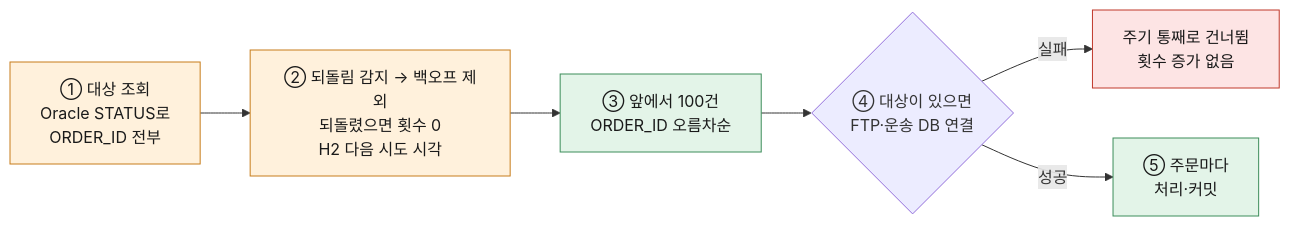
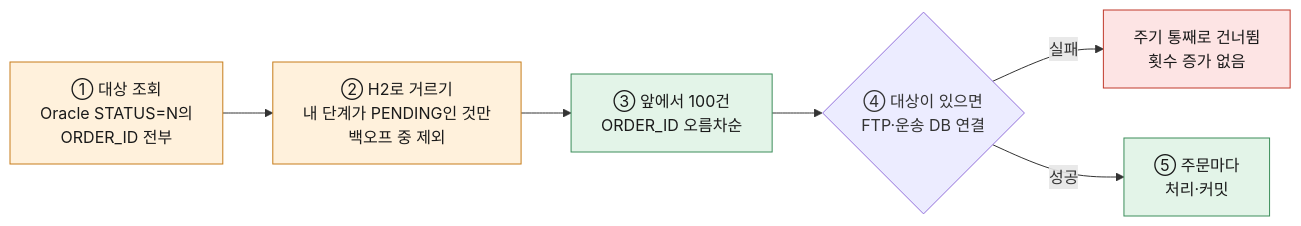
Before and after one commit to milkkwong2/inspien-assignment: diagram 15 of 21 in docs/design.md, drawn with Mermaid. The commit also changed other lines of this file and 2 other files, not shown here.

First line of the commit message:
docs: STATUS N/Y 재설계와 공통 시각 필드 (D-26, D-27)

````diff
--- a/docs/design.md
+++ b/docs/design.md
@@ -803,12 +884,12 @@
 ```mermaid
 flowchart LR
-    S1["① 대상 조회<br/>Oracle STATUS로<br/>ORDER_ID 전부"]:::store --> S2["② 되돌림 감지 → 백오프 제외<br/>되돌렸으면 횟수 0<br/>H2 다음 시도 시각"]:::store
+    S1["① 대상 조회<br/>Oracle STATUS=N의<br/>ORDER_ID 전부"]:::store --> S2["② H2로 거르기<br/>내 단계가 PENDING인 것만<br/>백오프 중 제외"]:::store
     S2 --> S3["③ 앞에서 100건<br/>ORDER_ID 오름차순"]:::app
     S3 --> S4{"④ 대상이 있으면<br/>FTP·운송 DB 연결"}
     S4 -- 실패 --> SK["주기 통째로 건너뜀<br/>횟수 증가 없음"]:::fail
     S4 -- 성공 --> S5["⑤ 주문마다<br/>처리·커밋"]:::app
 
     classDef app fill:#e3f4e8,stroke:#3c8d5a,color:#1a1a1a
     classDef store fill:#fff1dc,stroke:#c77d1a,color:#1a1a1a
     classDef fail fill:#fde4e4,stroke:#c0392b,color:#1a1a1a
 ```
````
